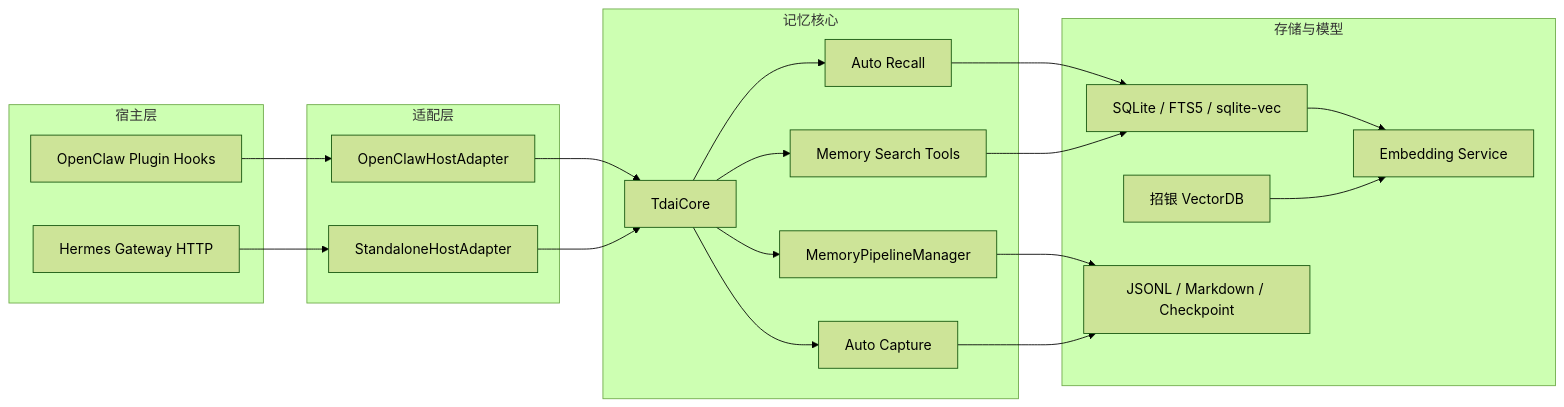
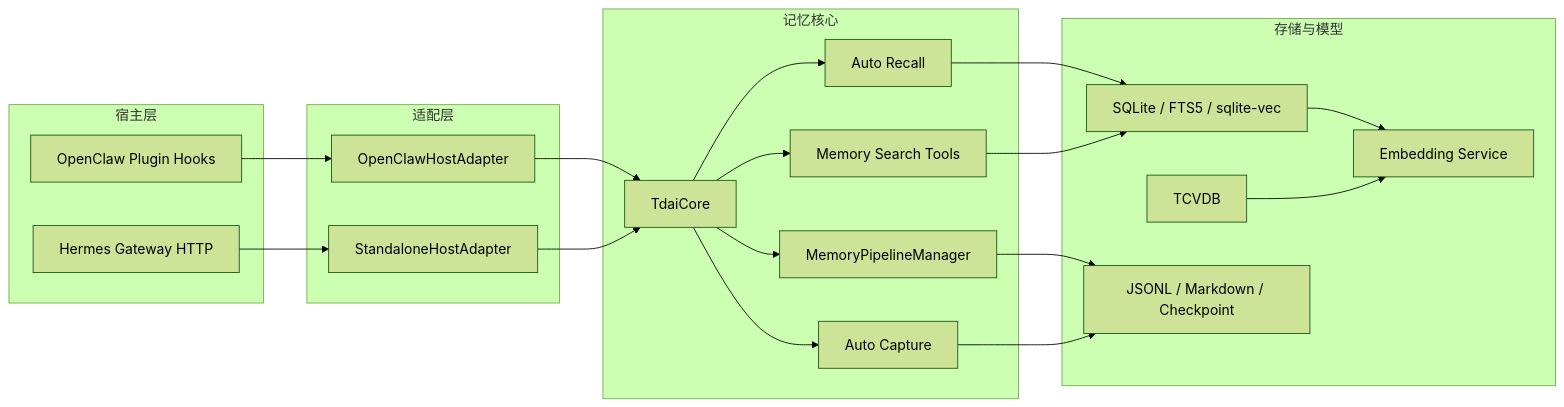
One commit to PorunC/interview changed the second of 15 diagrams in 问题/03-Agent-Memory/Agent-Memory-端到端系统深挖.md. Above: the diagram before and after it, drawn with Mermaid (forest theme). The commit also changed other lines of this file and 27 other files, not shown here.

````diff
--- a/问题/03-Agent-Memory/Agent-Memory-端到端系统深挖.md
+++ b/问题/03-Agent-Memory/Agent-Memory-端到端系统深挖.md
@@ -87,40 +87,40 @@
 ```mermaid
 flowchart LR
   subgraph Host["宿主层"]
     OC["OpenClaw Plugin Hooks"]
     GW["Hermes Gateway HTTP"]
   end
 
   subgraph Adapter["适配层"]
     OCA["OpenClawHostAdapter"]
     STA["StandaloneHostAdapter"]
   end
 
   subgraph Core["记忆核心"]
     TDC["TdaiCore"]
     Recall["Auto Recall"]
     Capture["Auto Capture"]
     Scheduler["MemoryPipelineManager"]
     Search["Memory Search Tools"]
   end
 
   subgraph Storage["存储与模型"]
     SQLite["SQLite / FTS5 / sqlite-vec"]
-    CMBVDB["招银 VectorDB"]
+    TCVDB["TCVDB"]
     Emb["Embedding Service"]
     Files["JSONL / Markdown / Checkpoint"]
   end
 
   OC --> OCA --> TDC
   GW --> STA --> TDC
   TDC --> Recall
   TDC --> Capture
   TDC --> Scheduler
   TDC --> Search
   Recall --> SQLite
   Search --> SQLite
   Scheduler --> Files
   Capture --> Files
   SQLite --> Emb
-  CMBVDB --> Emb
+  TCVDB --> Emb
 ```
````
